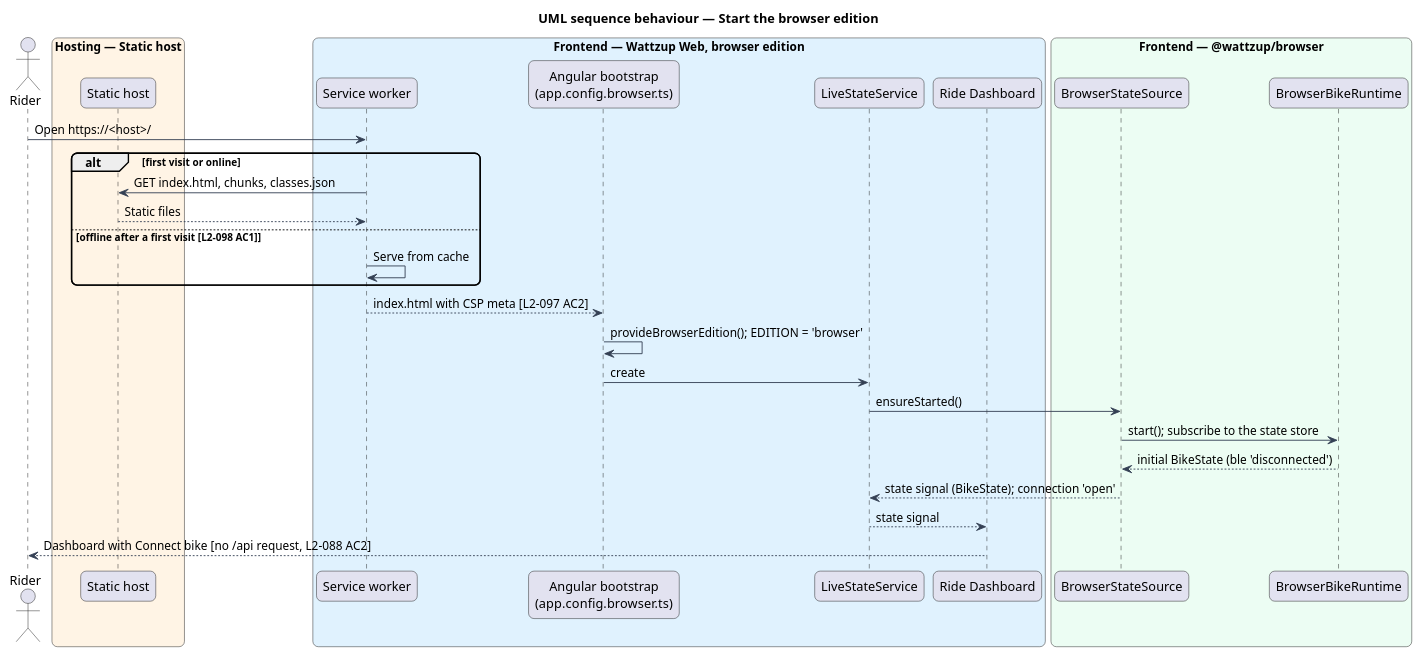
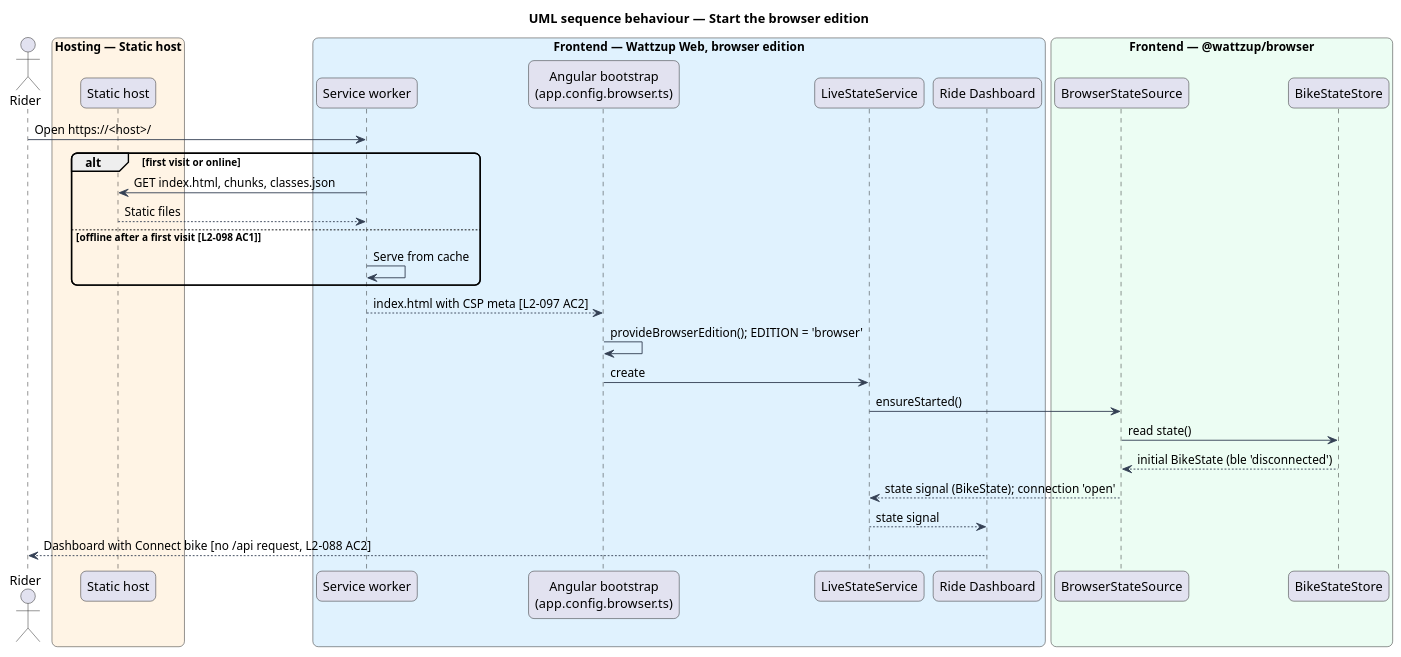
Before and after one commit to QuinntyneBrown/ride-one: the diagram in docs/detailed-designs/browser-edition/build-and-host/diagrams/sequence-start.puml, drawn with PlantUML. The commit also changed 14 other files, not shown here.

```diff
--- a/docs/detailed-designs/browser-edition/build-and-host/diagrams/sequence-start.puml
+++ b/docs/detailed-designs/browser-edition/build-and-host/diagrams/sequence-start.puml
@@ -1,39 +1,39 @@
 @startuml
 title UML sequence behaviour — Start the browser edition
 skinparam backgroundColor #FFFFFF
 skinparam shadowing false
 skinparam roundcorner 12
 skinparam defaultFontName Arial
 skinparam ArrowColor #344054
 actor "Rider" as rider
 box "Hosting — Static host" #FFF4E5
   participant "Static host" as host
 end box
 box "Frontend — Wattzup Web, browser edition" #E0F2FE
   participant "Service worker" as sw
   participant "Angular bootstrap\n(app.config.browser.ts)" as boot
   participant "LiveStateService" as live
   participant "Ride Dashboard" as page
 end box
 box "Frontend — @wattzup/browser" #ECFDF3
   participant "BrowserStateSource" as src
-  participant "BrowserBikeRuntime" as rt
+  participant "BikeStateStore" as rt
 end box
 
 rider -> sw : Open https://<host>/
 alt first visit or online
   sw -> host : GET index.html, chunks, classes.json
   host --> sw : Static files
 else offline after a first visit [L2-098 AC1]
   sw -> sw : Serve from cache
 end
 sw --> boot : index.html with CSP meta [L2-097 AC2]
 boot -> boot : provideBrowserEdition(); EDITION = 'browser'
 boot -> live : create
 live -> src : ensureStarted()
-src -> rt : start(); subscribe to the state store
+src -> rt : read state()
 rt --> src : initial BikeState (ble 'disconnected')
 src --> live : state signal (BikeState); connection 'open'
 live --> page : state signal
 page --> rider : Dashboard with Connect bike [no /api request, L2-088 AC2]
 @enduml
```
